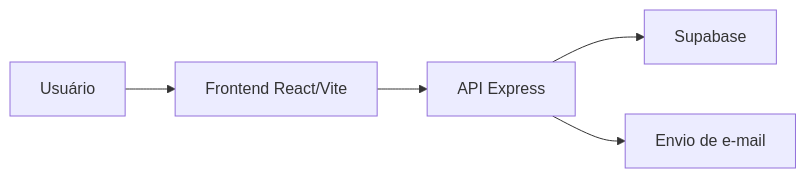
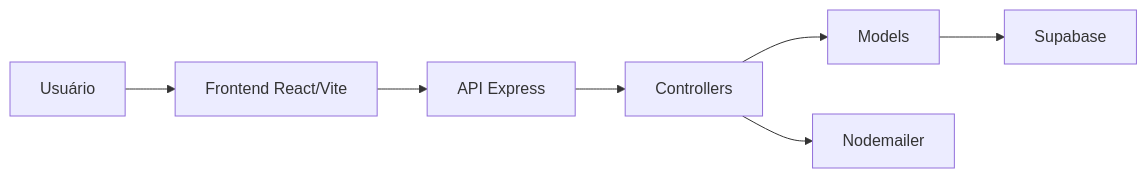
The diagram in docs/arquitetura.md (tropa-livresca/tropa-livresca), drawn with Mermaid before and after one commit. The commit also changed other lines of this file and 3 other files, not shown here.

````diff
--- a/docs/arquitetura.md
+++ b/docs/arquitetura.md
@@ -15,7 +16,9 @@
 ```mermaid
 flowchart LR
     A[Usuário] --> B[Frontend React/Vite]
     B --> C[API Express]
-    C --> D[Supabase]
-    C --> E[Envio de e-mail]
+    C --> D[Controllers]
+    D --> E[Models]
+    E --> F[Supabase]
+    D --> G[Nodemailer]
 ```
````
